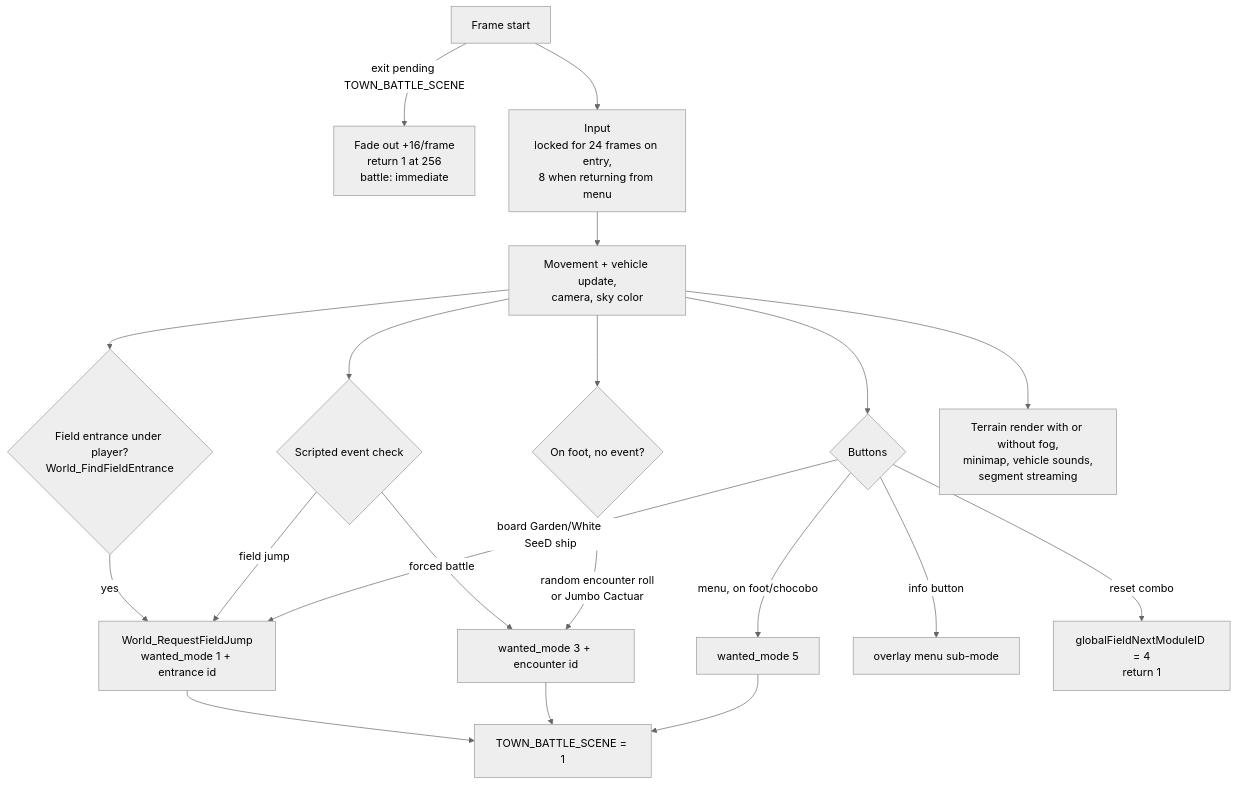
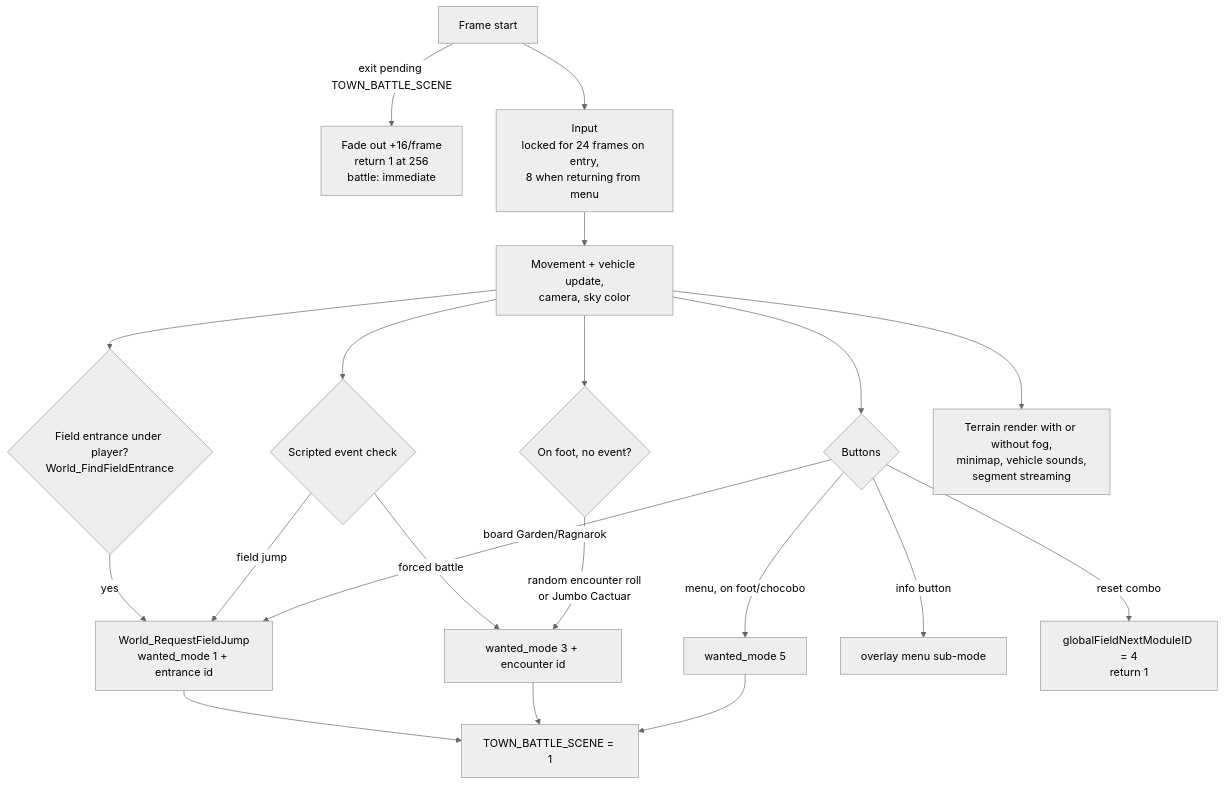
The diagram in FF8/TechnicalReference/WorldMap/WorldMap_module_runtime.md (HobbitDur/FF8ModdingWiki), drawn with Mermaid (neutral theme) before and after one commit. The commit also changed other lines of this file and 240 other files, not shown here.

````diff
--- a/FF8/TechnicalReference/WorldMap/WorldMap_module_runtime.md
+++ b/FF8/TechnicalReference/WorldMap/WorldMap_module_runtime.md
@@ -34,22 +34,22 @@
 ```mermaid
 flowchart TD
     A[Frame start] -->|exit pending TOWN_BATTLE_SCENE| B[Fade out +16/frame<br>return 1 at 256<br>battle: immediate]
     A --> C[Input<br>locked for 24 frames on entry,<br>8 when returning from menu]
     C --> D[Movement + vehicle update,<br>camera, sky color]
     D --> E{Field entrance under player?<br>World_FindFieldEntrance}
     E -->|yes| F[World_RequestFieldJump<br>wanted_mode 1 + entrance id]
     D --> G{Scripted event check}
     G -->|field jump| F
     G -->|forced battle| H[wanted_mode 3 + encounter id]
     D --> I{On foot, no event?}
     I -->|random encounter roll<br>or Jumbo Cactuar| H
     D --> J{Buttons}
     J -->|menu, on foot/chocobo| K[wanted_mode 5]
-    J -->|board Garden/White SeeD ship| F
+    J -->|board Garden/Ragnarok| F
     J -->|info button| L[overlay menu sub-mode]
     J -->|reset combo| M[globalFieldNextModuleID = 4<br>return 1]
     D --> N[Terrain render with or without fog,<br>minimap, vehicle sounds,<br>segment streaming]
     F --> O[TOWN_BATTLE_SCENE = 1]
     H --> O
     K --> O
 ```
````
